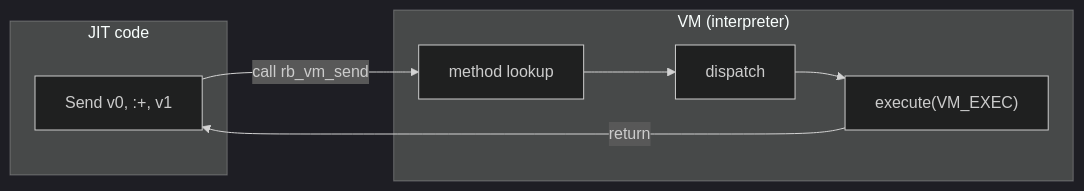
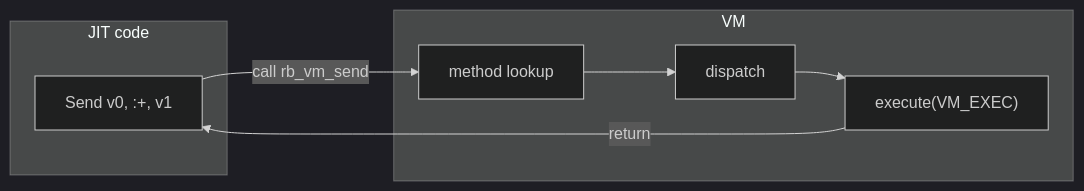
One commit to Nozomi-Hijikata/slides changed the first of 4 diagrams in rubykaigi-bootcamp-2026/slides.md. Above: the diagram before and after it, drawn with Mermaid (dark theme). The commit also changed other lines of this file, not shown here.

````diff
--- a/rubykaigi-bootcamp-2026/slides.md
+++ b/rubykaigi-bootcamp-2026/slides.md
@@ -696,11 +702,11 @@
 ```mermaid {scale: 0.9}
 graph LR
     subgraph JIT["JIT code"]
         A["Send v0, :+, v1"]
     end
-    subgraph VM["VM (interpreter)"]
+    subgraph VM["VM"]
         B["method lookup"] --> C["dispatch"] --> D["execute(VM_EXEC)"]
     end
     A -- "call rb_vm_send" --> B
     D -- "return" --> A
 ```
````
